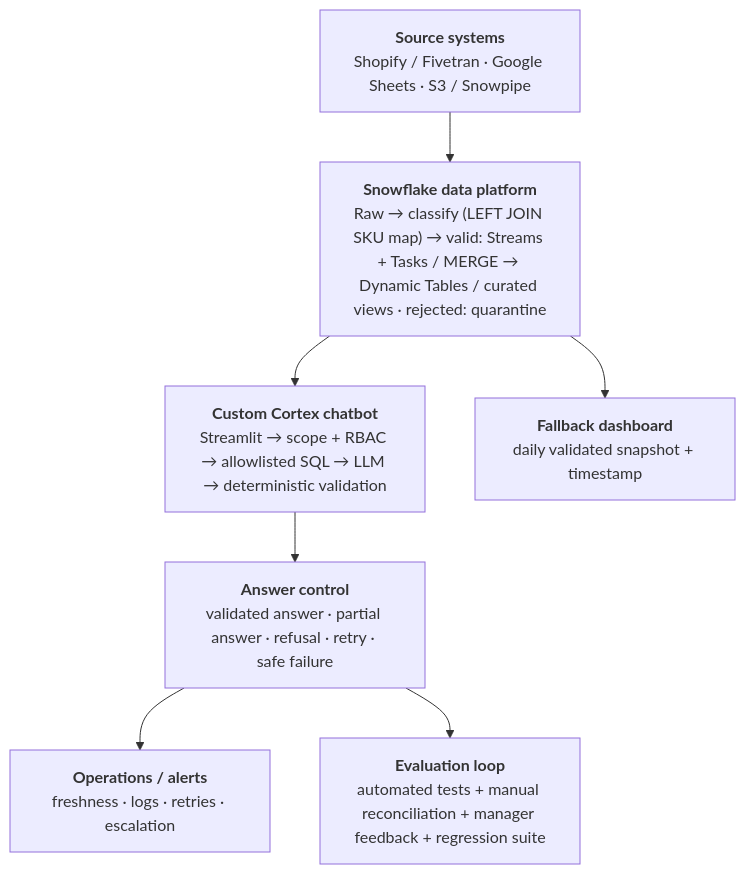
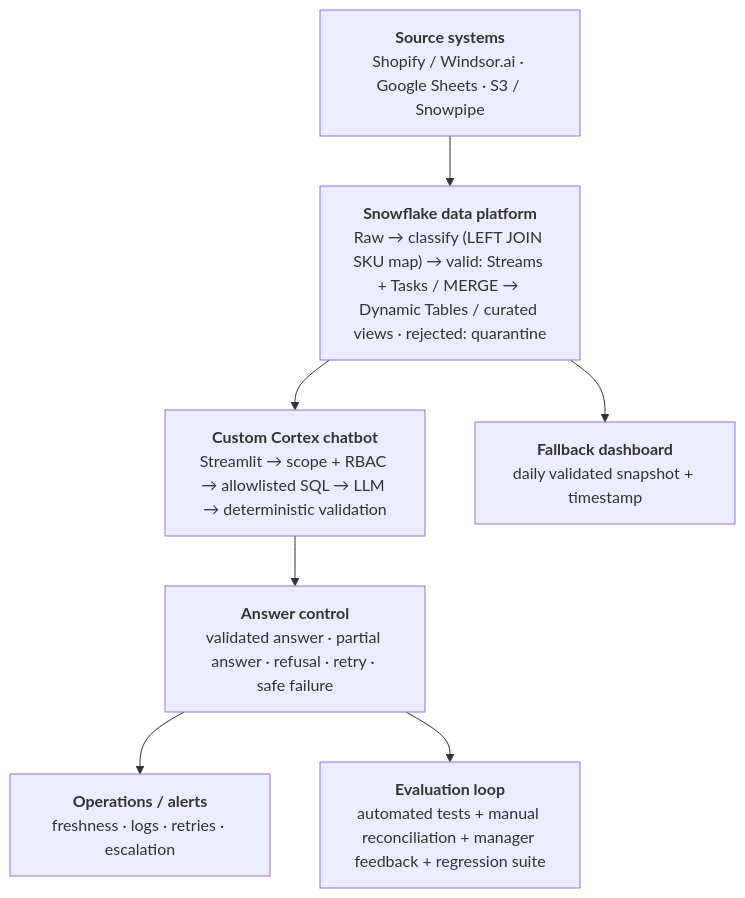
The first of 2 diagrams in README.md (rameenft/ai-operations-assistant), drawn with Mermaid before and after one commit. The commit also changed other lines of this file and 2 other files, not shown here.

Commit message:
Use Windsor.ai as the Shopify ingestion connector

````diff
--- a/README.md
+++ b/README.md
@@ -88,17 +88,17 @@
 ```mermaid
 flowchart TD
-    SRC["<b>Source systems</b><br/>Shopify / Fivetran · Google Sheets · S3 / Snowpipe"]
+    SRC["<b>Source systems</b><br/>Shopify / Windsor.ai · Google Sheets · S3 / Snowpipe"]
     SNOW["<b>Snowflake data platform</b><br/>Raw → classify (LEFT JOIN SKU map) → valid: Streams + Tasks / MERGE → Dynamic Tables / curated views · rejected: quarantine"]
     BOT["<b>Custom Cortex chatbot</b><br/>Streamlit → scope + RBAC → allowlisted SQL → LLM → deterministic validation"]
     DASH["<b>Fallback dashboard</b><br/>daily validated snapshot + timestamp"]
     CTRL["<b>Answer control</b><br/>validated answer · partial answer · refusal · retry · safe failure"]
     OPS["<b>Operations / alerts</b><br/>freshness · logs · retries · escalation"]
     EVAL["<b>Evaluation loop</b><br/>automated tests + manual reconciliation + manager feedback + regression suite"]
 
     SRC --> SNOW
     SNOW --> BOT
     SNOW --> DASH
     BOT --> CTRL
     CTRL --> OPS
     CTRL --> EVAL
 ```
````
